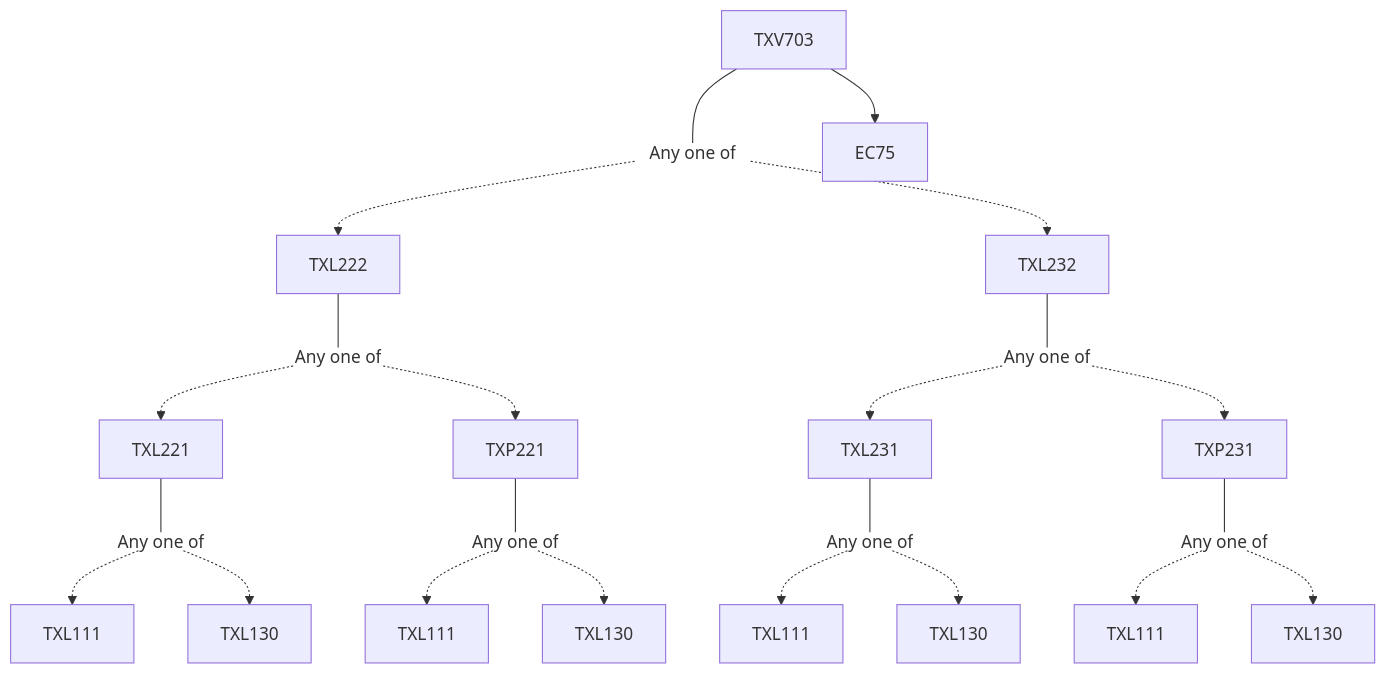
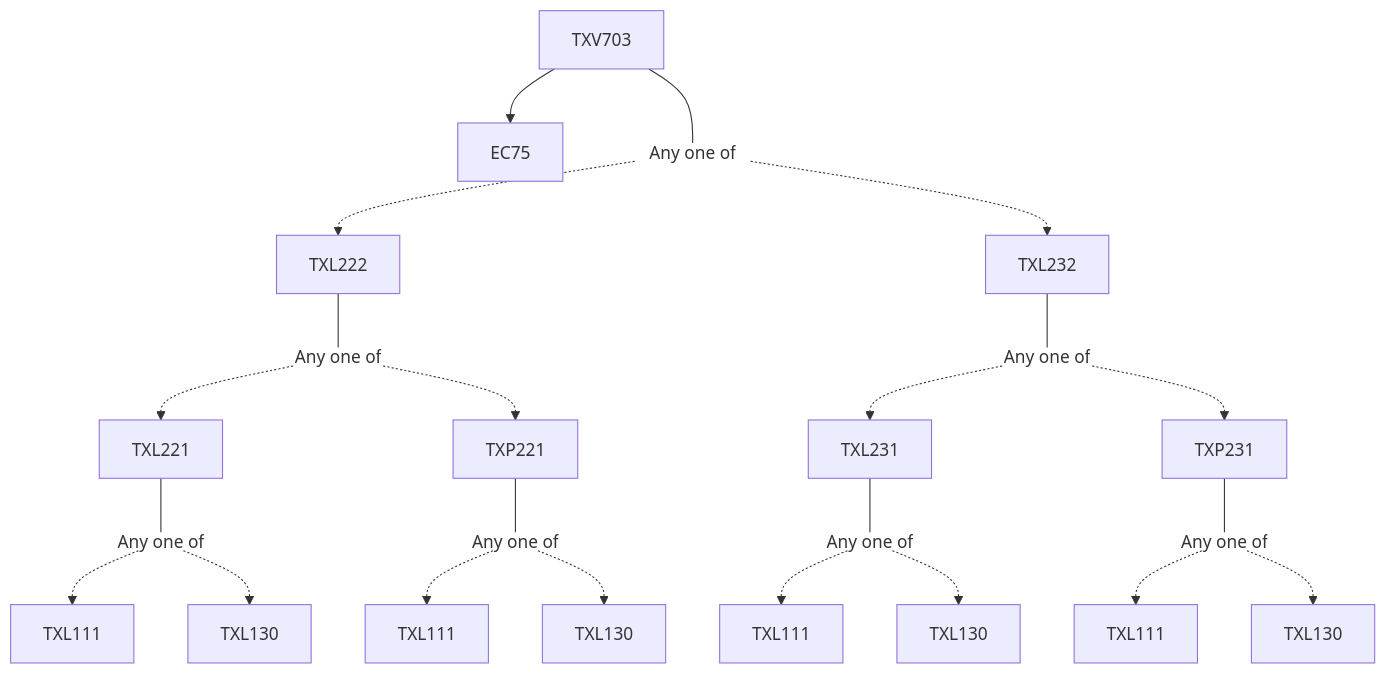
One commit to KeshavBansal0122/CoS_Website changed the diagram in content/Textile and Fibre Engineering/TXV703.md. Above: the diagram before and after it, drawn with Mermaid. The commit also changed other lines of this file and 2662 other files, not shown here.

````diff
--- a/content/Textile and Fibre Engineering/TXV703.md
+++ b/content/Textile and Fibre Engineering/TXV703.md
@@ -13,29 +13,29 @@
 ```mermaid
 flowchart TD
 TXV703-2018[TXV703]
+TXV703-2018 --> EC75-2018[EC75]
 TXV703-2018 --- Or2019[Any one of]:::empty
 TXL222-2020 --- Or2021[Any one of]:::empty
 Or2021 -.-> TXL221-2022[TXL221]
 TXL221-2022 --- Or2023[Any one of]:::empty
 Or2023 -.-> TXL111-2024[TXL111]
 Or2023 -.-> TXL130-2025[TXL130]
+Or2021 -.-> TXP221-2026[TXP221]
 TXP221-2026 --- Or2027[Any one of]:::empty
 Or2027 -.-> TXL111-2028[TXL111]
 Or2027 -.-> TXL130-2029[TXL130]
-Or2021 -.-> TXP221-2026[TXP221]
 Or2019 -.-> TXL222-2020[TXL222]
 TXL232-2030 --- Or2031[Any one of]:::empty
-Or2031 -.-> TXL231-2032[TXL231]
 TXL231-2032 --- Or2033[Any one of]:::empty
 Or2033 -.-> TXL111-2034[TXL111]
 Or2033 -.-> TXL130-2035[TXL130]
+Or2031 -.-> TXL231-2032[TXL231]
 TXP231-2036 --- Or2037[Any one of]:::empty
 Or2037 -.-> TXL111-2038[TXL111]
 Or2037 -.-> TXL130-2039[TXL130]
 Or2031 -.-> TXP231-2036[TXP231]
 Or2019 -.-> TXL232-2030[TXL232]
-TXV703-2018 --> EC75-2018[EC75]
 
 classDef empty height:17px, fill:transparent, stroke:transparent;
 classDef trueEmpty height:0px, width:0px;
 ```
````
